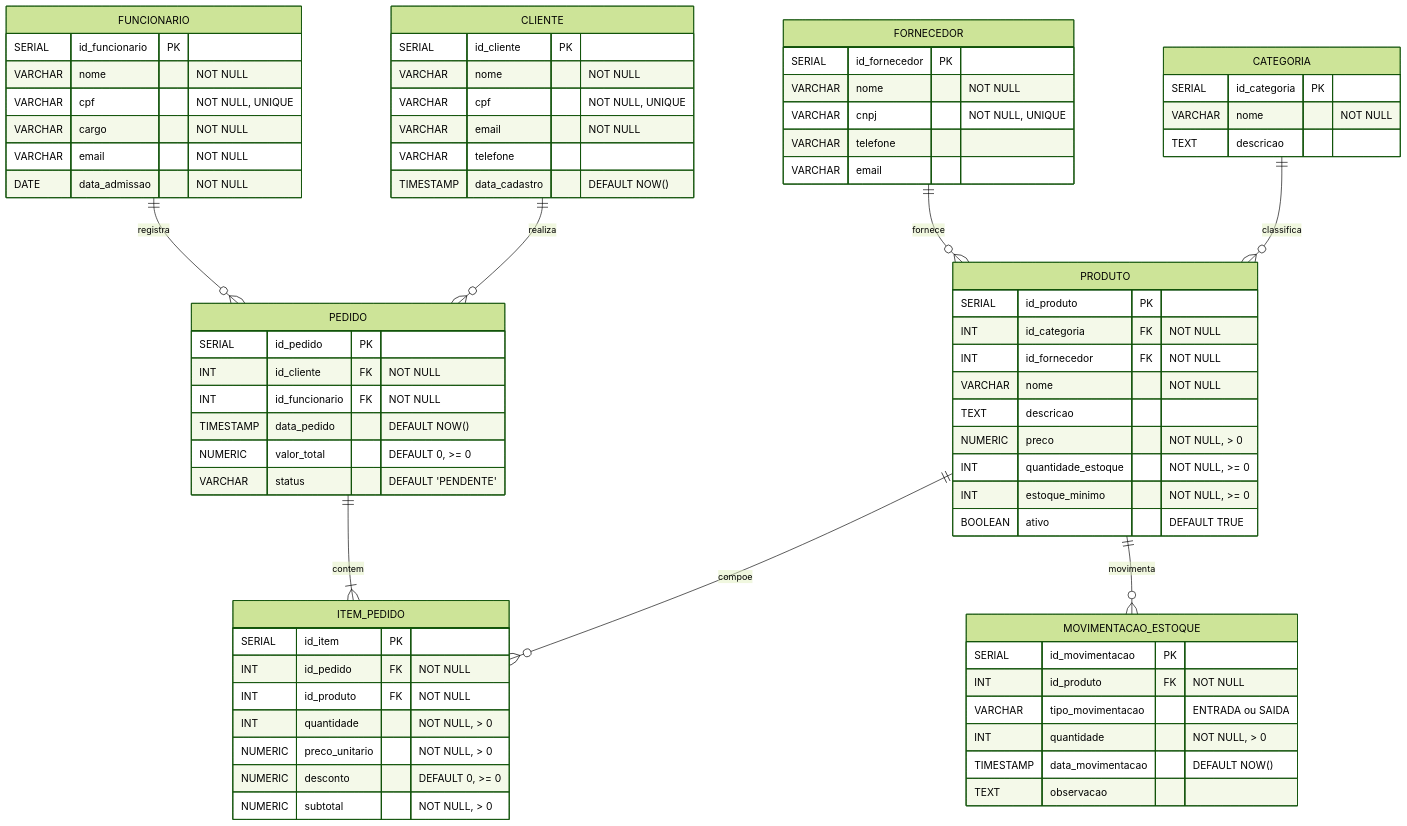
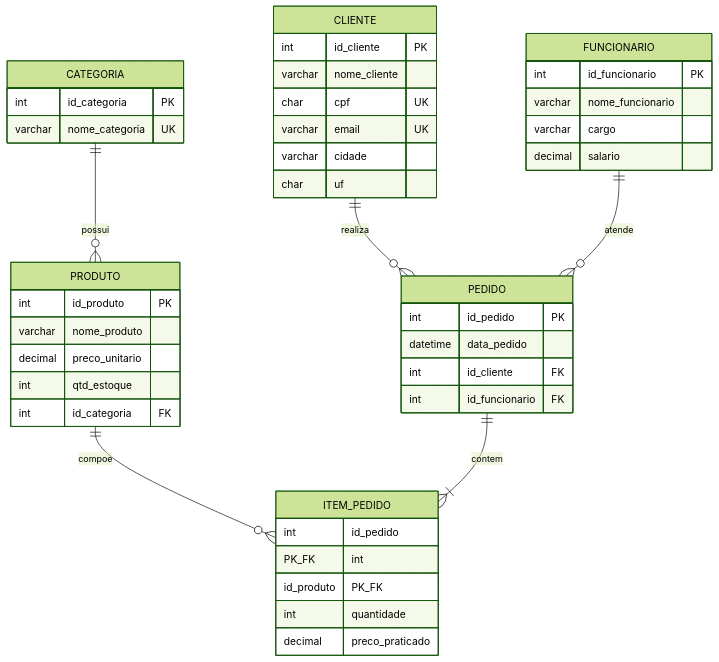
Before and after one commit to lucashu-dev/Banco-de-dados: the diagram in diagrams/modelo_er.mmd, drawn with Mermaid (forest theme). The commit also changed 14 other files, not shown here.

```diff
--- a/diagrams/modelo_er.mmd
+++ b/diagrams/modelo_er.mmd
@@ -1,80 +1,49 @@
 erDiagram
-    CATEGORIA ||--o{ PRODUTO : "classifica"
-    FORNECEDOR ||--o{ PRODUTO : "fornece"
-    PRODUTO ||--o{ ITEM_PEDIDO : "compoe"
-    PRODUTO ||--o{ MOVIMENTACAO_ESTOQUE : "movimenta"
-    CLIENTE ||--o{ PEDIDO : "realiza"
-    FUNCIONARIO ||--o{ PEDIDO : "registra"
-    PEDIDO ||--|{ ITEM_PEDIDO : "contem"
+    CATEGORIA ||--o{ PRODUTO : possui
+    PRODUTO ||--o{ ITEM_PEDIDO : compoe
+    PEDIDO ||--|{ ITEM_PEDIDO : contem
+    CLIENTE ||--o{ PEDIDO : realiza
+    FUNCIONARIO ||--o{ PEDIDO : atende
 
     CATEGORIA {
-        SERIAL id_categoria PK
-        VARCHAR nome "NOT NULL"
-        TEXT descricao
-    }
-
-    FORNECEDOR {
-        SERIAL id_fornecedor PK
-        VARCHAR nome "NOT NULL"
-        VARCHAR cnpj "NOT NULL, UNIQUE"
-        VARCHAR telefone
-        VARCHAR email
+        int id_categoria PK
+        varchar nome_categoria UK
     }
 
     PRODUTO {
-        SERIAL id_produto PK
-        INT id_categoria FK "NOT NULL"
-        INT id_fornecedor FK "NOT NULL"
-        VARCHAR nome "NOT NULL"
-        TEXT descricao
-        NUMERIC preco "NOT NULL, > 0"
-        INT quantidade_estoque "NOT NULL, >= 0"
-        INT estoque_minimo "NOT NULL, >= 0"
-        BOOLEAN ativo "DEFAULT TRUE"
+        int id_produto PK
+        varchar nome_produto
+        decimal preco_unitario
+        int qtd_estoque
+        int id_categoria FK
     }
 
     CLIENTE {
-        SERIAL id_cliente PK
-        VARCHAR nome "NOT NULL"
-        VARCHAR cpf "NOT NULL, UNIQUE"
-        VARCHAR email "NOT NULL"
-        VARCHAR telefone
-        TIMESTAMP data_cadastro "DEFAULT NOW()"
+        int id_cliente PK
+        varchar nome_cliente
+        char cpf UK
+        varchar email UK
+        varchar cidade
+        char uf
     }
 
     FUNCIONARIO {
-        SERIAL id_funcionario PK
-        VARCHAR nome "NOT NULL"
-        VARCHAR cpf "NOT NULL, UNIQUE"
-        VARCHAR cargo "NOT NULL"
-        VARCHAR email "NOT NULL"
-        DATE data_admissao "NOT NULL"
+        int id_funcionario PK
+        varchar nome_funcionario
+        varchar cargo
+        decimal salario
     }
 
     PEDIDO {
-        SERIAL id_pedido PK
-        INT id_cliente FK "NOT NULL"
-        INT id_funcionario FK "NOT NULL"
-        TIMESTAMP data_pedido "DEFAULT NOW()"
-        NUMERIC valor_total "DEFAULT 0, >= 0"
-        VARCHAR status "DEFAULT 'PENDENTE'"
+        int id_pedido PK
+        datetime data_pedido
+        int id_cliente FK
+        int id_funcionario FK
     }
 
     ITEM_PEDIDO {
-        SERIAL id_item PK
-        INT id_pedido FK "NOT NULL"
-        INT id_produto FK "NOT NULL"
-        INT quantidade "NOT NULL, > 0"
-        NUMERIC preco_unitario "NOT NULL, > 0"
-        NUMERIC desconto "DEFAULT 0, >= 0"
-        NUMERIC subtotal "NOT NULL, > 0"
+        int id_pedido PK_FK
+        int id_produto PK_FK
+        int quantidade
+        decimal preco_praticado
     }
-
-    MOVIMENTACAO_ESTOQUE {
-        SERIAL id_movimentacao PK
-        INT id_produto FK "NOT NULL"
-        VARCHAR tipo_movimentacao "ENTRADA ou SAIDA"
-        INT quantidade "NOT NULL, > 0"
-        TIMESTAMP data_movimentacao "DEFAULT NOW()"
-        TEXT observacao
-    }
```
